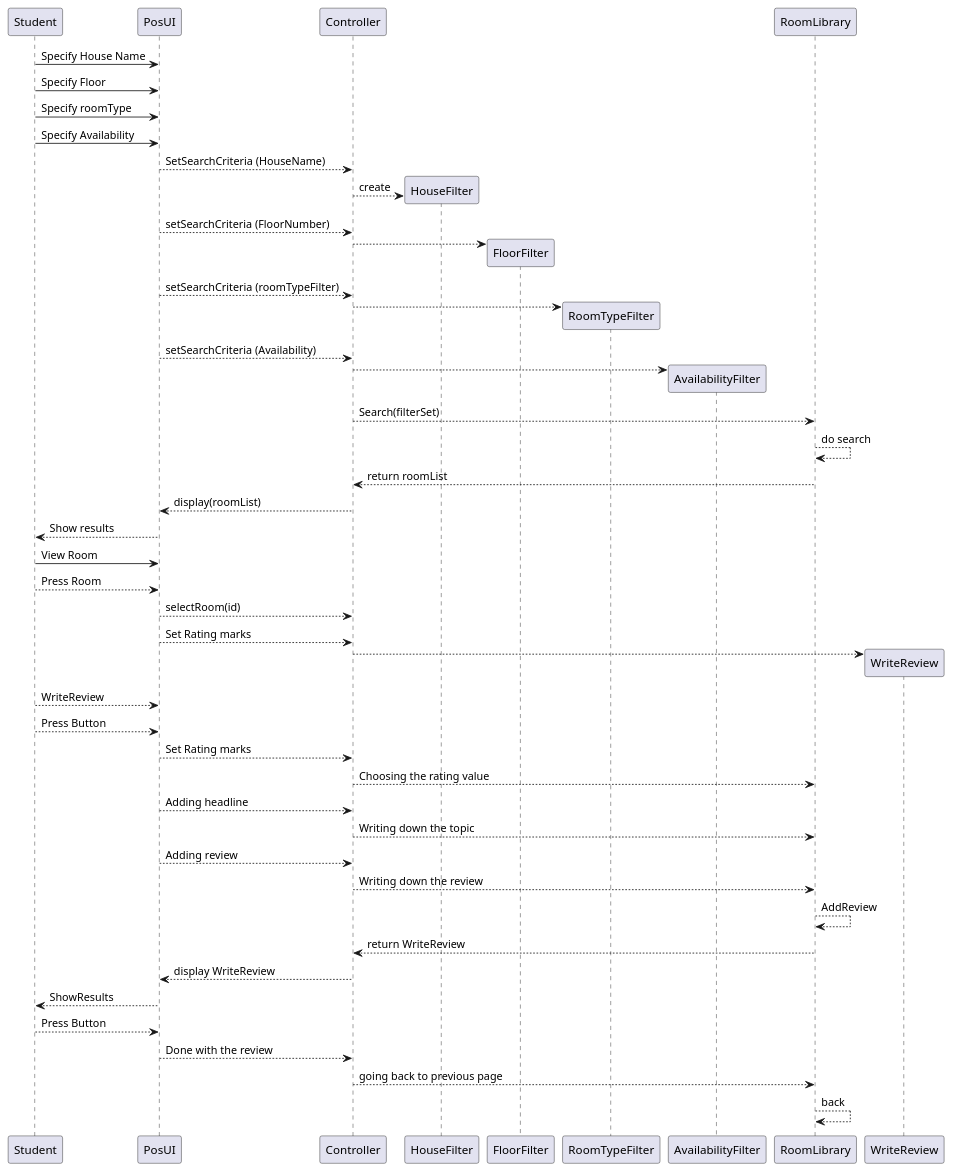
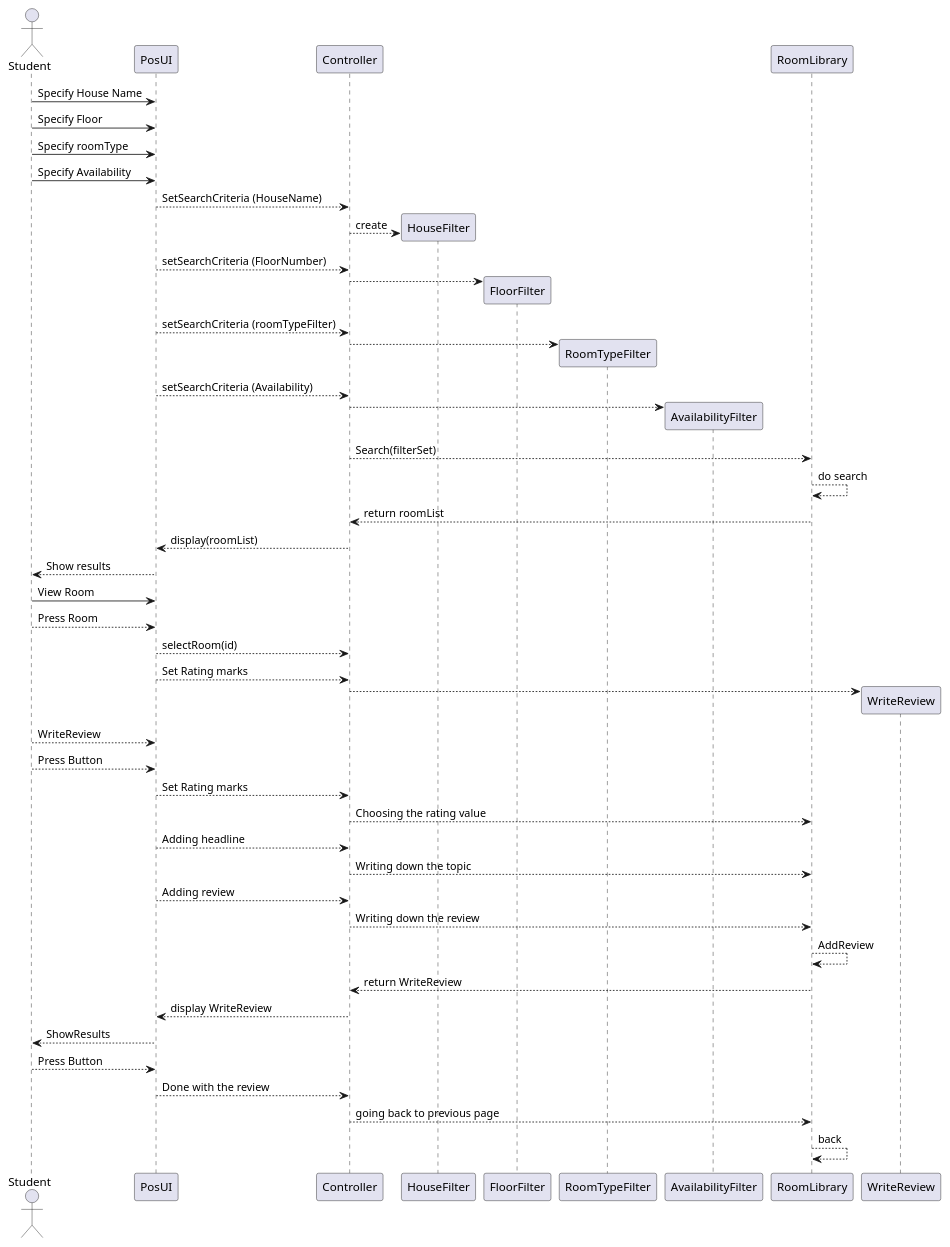
The second of 2 diagrams in intellij/doc/design.md (alexandraguillen12/Dorm-Review-App), drawn with PlantUML before and after one commit. The commit also changed 5 other files, not shown here.

````diff
--- a/intellij/doc/design.md
+++ b/intellij/doc/design.md
@@ -103,47 +103,48 @@
 ```plantuml
 @startuml
+actor Student
 Student -> PosUI: Specify House Name 
 Student -> PosUI: Specify Floor
 Student -> PosUI: Specify roomType
 Student -> PosUI: Specify Availability
 PosUI --> Controller: SetSearchCriteria (HouseName) 
 create HouseFilter
 Controller --> HouseFilter: create 
 PosUI --> Controller: setSearchCriteria (FloorNumber)
 create FloorFilter 
 Controller --> FloorFilter
 PosUI --> Controller: setSearchCriteria (roomTypeFilter)
 create RoomTypeFilter 
 Controller --> RoomTypeFilter 
 PosUI --> Controller: setSearchCriteria (Availability)
 create AvailabilityFilter 
 Controller --> AvailabilityFilter
 Controller --> RoomLibrary: Search(filterSet)
 RoomLibrary --> RoomLibrary: do search  
 RoomLibrary --> Controller: return roomList  
 Controller --> PosUI: display(roomList) 
 PosUI --> Student: Show results 
 Student -> PosUI: View Room 
 Student --> PosUI: Press Room 
 PosUI --> Controller: selectRoom(id)
 PosUI --> Controller: Set Rating marks
 create WriteReview
 Controller --> WriteReview
 Student --> PosUI: WriteReview
 Student --> PosUI: Press Button 
 PosUI --> Controller: Set Rating marks 
 Controller --> RoomLibrary: Choosing the rating value 
 PosUI --> Controller: Adding headline
 Controller --> RoomLibrary: Writing down the topic
 PosUI --> Controller: Adding review 
 Controller --> RoomLibrary: Writing down the review 
 RoomLibrary --> RoomLibrary: AddReview
 RoomLibrary --> Controller: return WriteReview
 Controller --> PosUI: display WriteReview
 PosUI--> Student: ShowResults
 Student --> PosUI: Press Button
 PosUI --> Controller: Done with the review
 Controller --> RoomLibrary: going back to previous page
 RoomLibrary --> RoomLibrary: back
 @enduml
 ```
````
